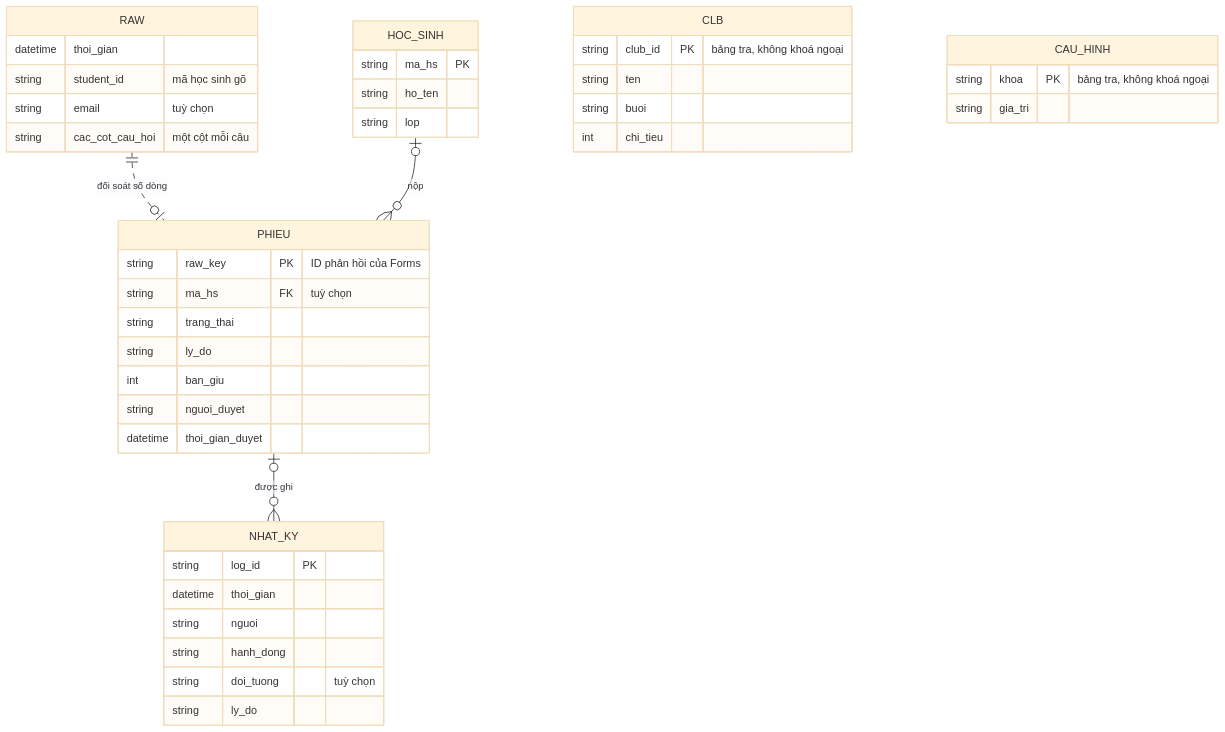
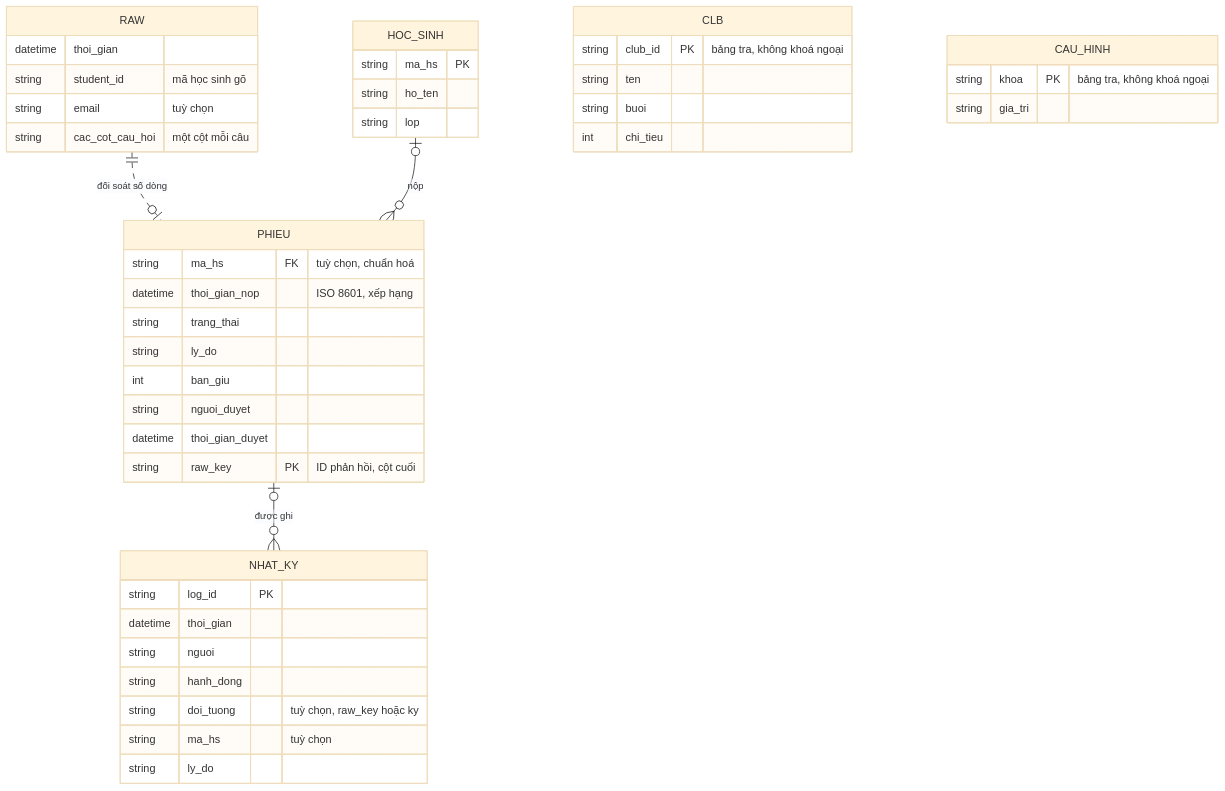
The diagram in docs/he_sinh_thai/anh/d_erd.mmd (nguyenphanvantruong6969-arch/TESTING-DEV), drawn with Mermaid (base theme) before and after one commit. The commit also changed 10 other files, not shown here.

First line of the commit message:
T4 sửa vòng 3b: quy ước cài đặt cho K2 (mục 7.7), vòng đời trigger tách đóng form và kết thúc lô, dọn hàng dở đầu lô, thoi_gian_nop, xuất riêng khỏi chốt

```diff
--- a/docs/he_sinh_thai/anh/d_erd.mmd
+++ b/docs/he_sinh_thai/anh/d_erd.mmd
@@ -1,42 +1,44 @@
 erDiagram
   RAW ||..o| PHIEU : "đối soát số dòng"
   HOC_SINH |o--o{ PHIEU : "nộp"
   PHIEU |o--o{ NHAT_KY : "được ghi"
   RAW {
     datetime thoi_gian
     string student_id "mã học sinh gõ"
     string email "tuỳ chọn"
     string cac_cot_cau_hoi "một cột mỗi câu"
   }
   PHIEU {
-    string raw_key PK "ID phản hồi của Forms"
-    string ma_hs FK "tuỳ chọn"
+    string ma_hs FK "tuỳ chọn, chuẩn hoá"
+    datetime thoi_gian_nop "ISO 8601, xếp hạng"
     string trang_thai
     string ly_do
     int ban_giu
     string nguoi_duyet
     datetime thoi_gian_duyet
+    string raw_key PK "ID phản hồi, cột cuối"
   }
   HOC_SINH {
     string ma_hs PK
     string ho_ten
     string lop
   }
   CLB {
     string club_id PK "bảng tra, không khoá ngoại"
     string ten
     string buoi
     int chi_tieu
   }
   NHAT_KY {
     string log_id PK
     datetime thoi_gian
     string nguoi
     string hanh_dong
-    string doi_tuong "tuỳ chọn"
+    string doi_tuong "tuỳ chọn, raw_key hoặc ky"
+    string ma_hs "tuỳ chọn"
     string ly_do
   }
   CAU_HINH {
     string khoa PK "bảng tra, không khoá ngoại"
     string gia_tri
   }
```
